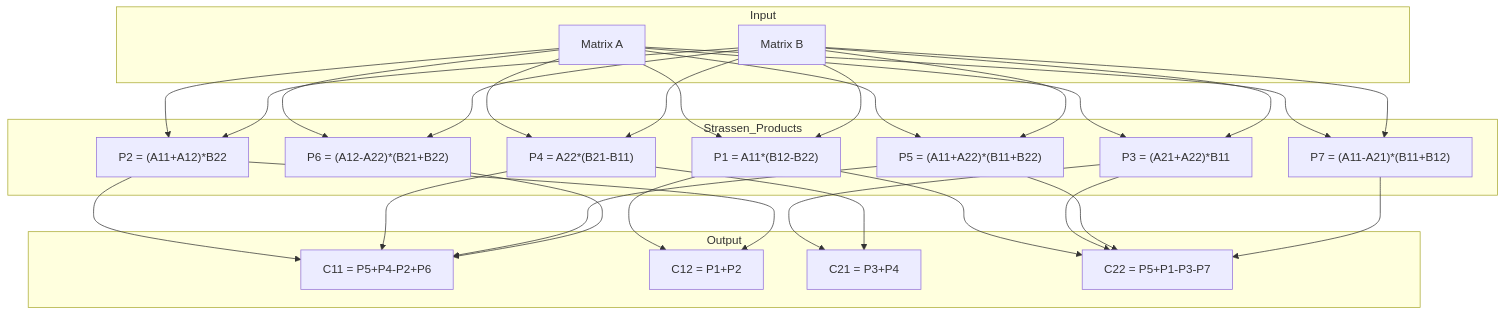
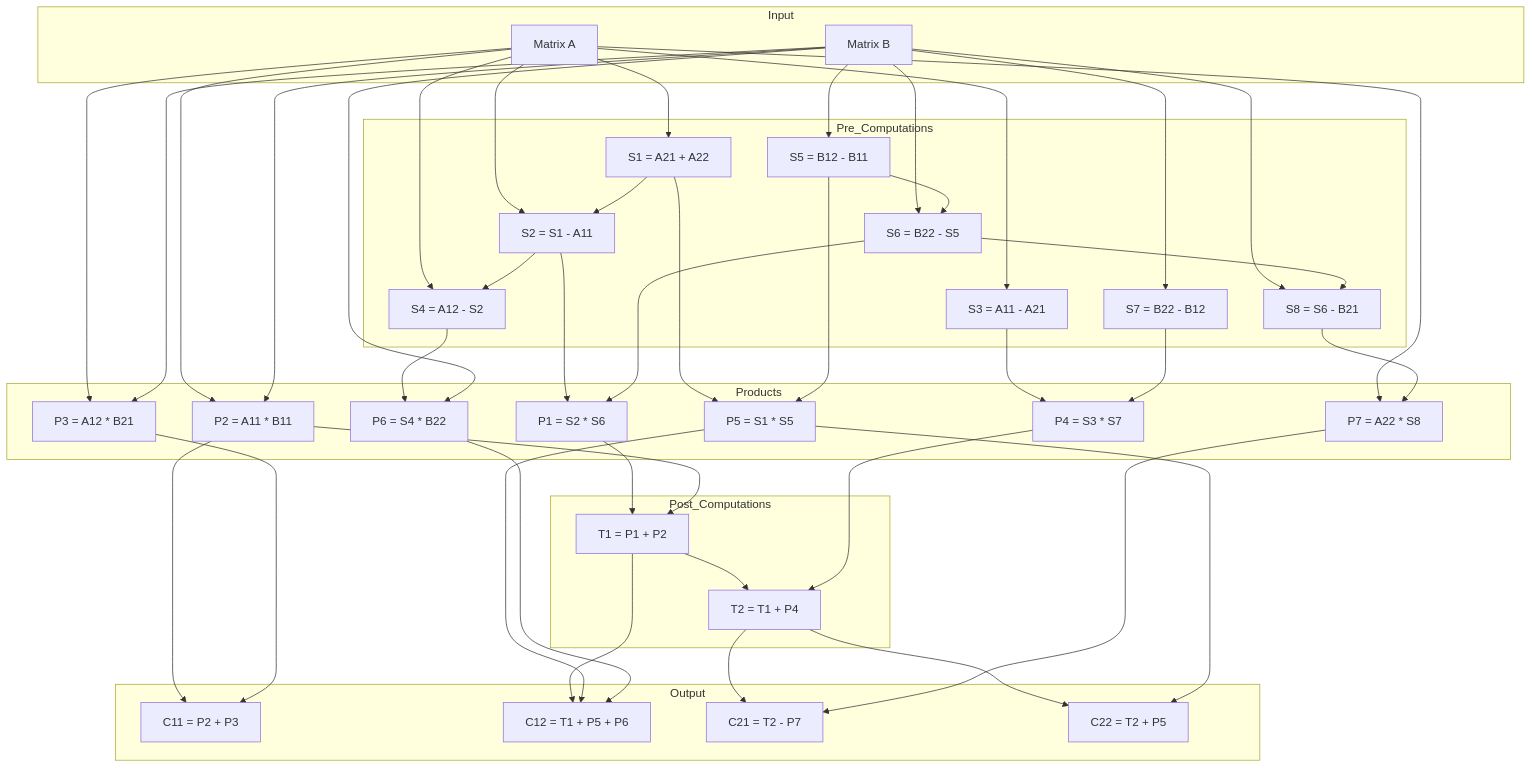
Before and after one commit to agbruneau/Fibonacci: the second of 2 diagrams in docs/algorithms/MATRIX.md, drawn with Mermaid. The commit also changed other lines of this file and 5 other files, not shown here.

````diff
--- a/docs/algorithms/MATRIX.md
+++ b/docs/algorithms/MATRIX.md
@@ -177,51 +194,80 @@
 ```mermaid
 graph TD
     subgraph Input
         A[Matrix A]
         B[Matrix B]
     end
 
-    subgraph Strassen_Products
-        P1["P1 = A11*(B12-B22)"]
-        P2["P2 = (A11+A12)*B22"]
-        P3["P3 = (A21+A22)*B11"]
-        P4["P4 = A22*(B21-B11)"]
-        P5["P5 = (A11+A22)*(B11+B22)"]
-        P6["P6 = (A12-A22)*(B21+B22)"]
-        P7["P7 = (A11-A21)*(B11+B12)"]
+    subgraph Pre_Computations
+        S1["S1 = A21 + A22"]
+        S2["S2 = S1 - A11"]
+        S3["S3 = A11 - A21"]
+        S4["S4 = A12 - S2"]
+        S5["S5 = B12 - B11"]
+        S6["S6 = B22 - S5"]
+        S7["S7 = B22 - B12"]
+        S8["S8 = S6 - B21"]
+    end
+
+    subgraph Products
+        P1["P1 = S2 * S6"]
+        P2["P2 = A11 * B11"]
+        P3["P3 = A12 * B21"]
+        P4["P4 = S3 * S7"]
+        P5["P5 = S1 * S5"]
+        P6["P6 = S4 * B22"]
+        P7["P7 = A22 * S8"]
+    end
+
+    subgraph Post_Computations
+        T1["T1 = P1 + P2"]
+        T2["T2 = T1 + P4"]
     end
 
     subgraph Output
-        C11["C11 = P5+P4-P2+P6"]
-        C12["C12 = P1+P2"]
-        C21["C21 = P3+P4"]
-        C22["C22 = P5+P1-P3-P7"]
+        C11["C11 = P2 + P3"]
+        C12["C12 = T1 + P5 + P6"]
+        C21["C21 = T2 - P7"]
+        C22["C22 = T2 + P5"]
     end
 
-    A --> P1
+    A --> S1
+    A --> S2
+    A --> S3
+    A --> S4
+    B --> S5
+    B --> S6
+    B --> S7
+    B --> S8
+    S1 --> S2
+    S2 --> S4
+    S5 --> S6
+    S6 --> S8
+    S2 --> P1
+    S6 --> P1
     A --> P2
+    B --> P2
     A --> P3
-    A --> P4
-    A --> P5
-    A --> P6
+    B --> P3
+    S3 --> P4
+    S7 --> P4
+    S1 --> P5
+    S5 --> P5
+    S4 --> P6
+    B --> P6
     A --> P7
-    B --> P1
-    B --> P2
-    B --> P3
-    B --> P4
-    B --> P5
-    B --> P6
-    B --> P7
-    P1 --> C12
-    P1 --> C22
+    S8 --> P7
+    P1 --> T1
+    P2 --> T1
+    T1 --> T2
+    P4 --> T2
     P2 --> C11
-    P2 --> C12
-    P3 --> C21
-    P3 --> C22
-    P4 --> C11
-    P4 --> C21
-    P5 --> C11
+    P3 --> C11
+    T1 --> C12
+    P5 --> C12
+    P6 --> C12
+    T2 --> C21
+    P7 --> C21
+    T2 --> C22
     P5 --> C22
-    P6 --> C11
-    P7 --> C22
 ```
````
